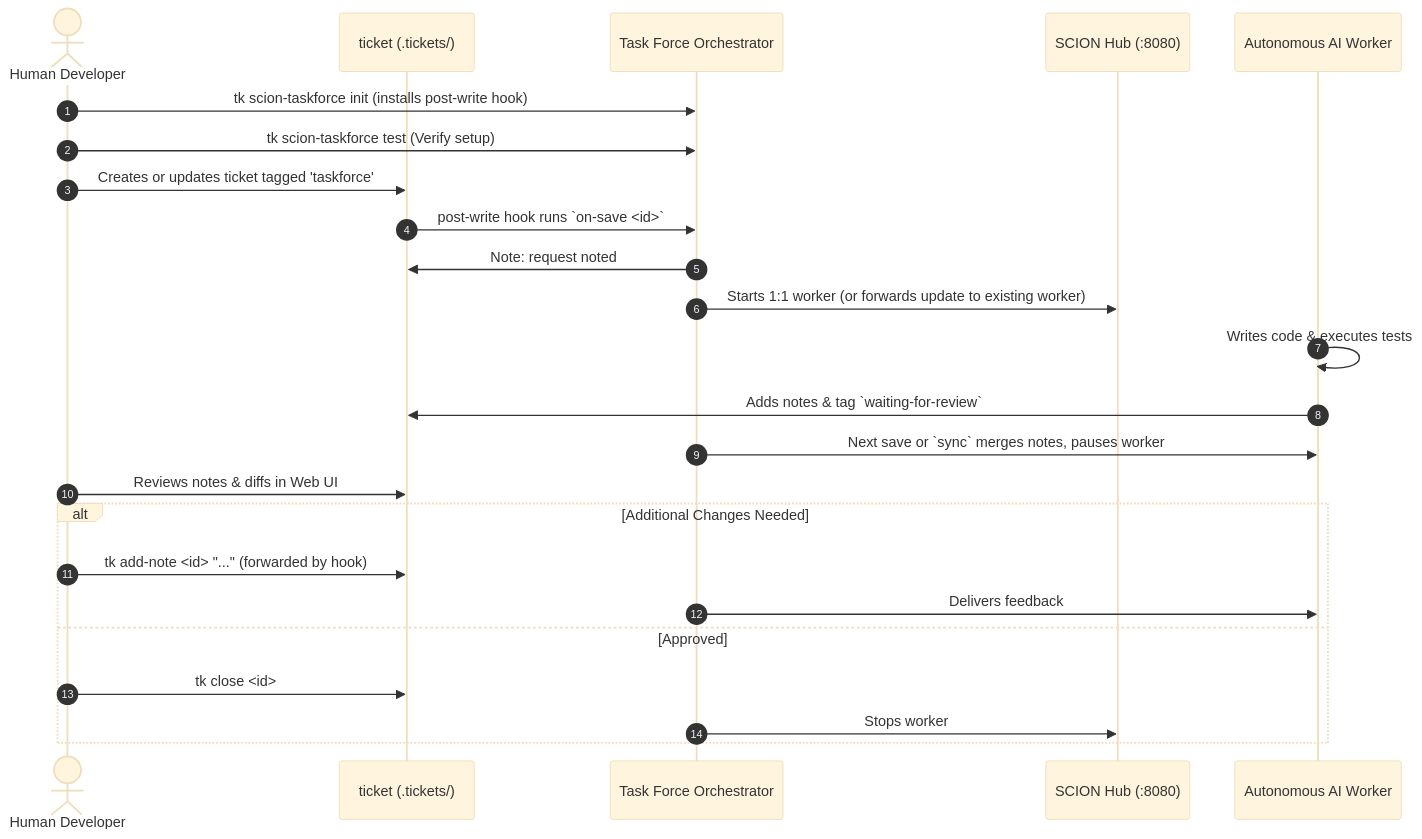
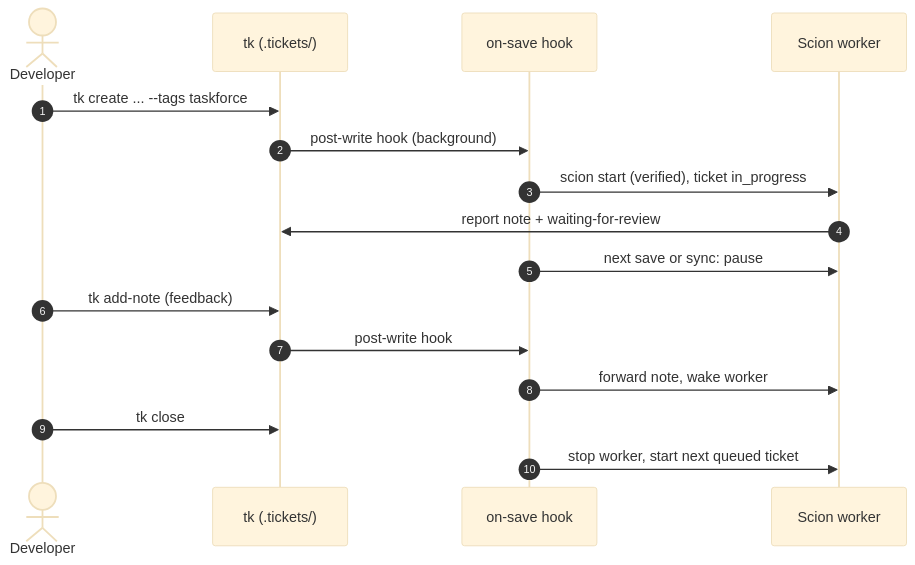
Before and after one commit to msampathkumar/ticket: the diagram in docs/workflows/scion-taskforce.md, drawn with Mermaid (base theme). The commit also changed other lines of this file and 18 other files, not shown here.

First line of the commit message:
refactor(scion-taskforce): simplify plugin and rewrite docs

````diff
--- a/docs/workflows/scion-taskforce.md
+++ b/docs/workflows/scion-taskforce.md
@@ -12,27 +8,19 @@
 ```mermaid
 sequenceDiagram
     autonumber
-    actor Developer as Human Developer
-    participant TK as ticket (.tickets/)
-    participant TF as Task Force Orchestrator
-    participant Hub as SCION Hub (:8080)
-    participant Worker as Autonomous AI Worker
+    actor Dev as Developer
+    participant TK as tk (.tickets/)
+    participant TF as on-save hook
+    participant W as Scion worker
 
-    Developer->>TF: tk scion-taskforce init (installs post-write hook)
-    Developer->>TF: tk scion-taskforce test (Verify setup)
-    Developer->>TK: Creates or updates ticket tagged 'taskforce'
-    TK->>TF: post-write hook runs `on-save <id>`
-    TF->>TK: Note: request noted
-    TF->>Hub: Starts 1:1 worker (or forwards update to existing worker)
-    Worker->>Worker: Writes code & executes tests
-    Worker->>TK: Adds notes & tag `waiting-for-review`
-    TF->>Worker: Next save or `sync` merges notes, pauses worker
-    Developer->>TK: Reviews notes & diffs in Web UI
-    alt Additional Changes Needed
-        Developer->>TK: tk add-note <id> "..." (forwarded by hook)
-        TF->>Worker: Delivers feedback
-    else Approved
-        Developer->>TK: tk close <id>
-        TF->>Hub: Stops worker
-    end
+    Dev->>TK: tk create ... --tags taskforce
+    TK->>TF: post-write hook (background)
+    TF->>W: scion start (verified), ticket in_progress
+    W->>TK: report note + waiting-for-review
+    TF->>W: next save or sync: pause
+    Dev->>TK: tk add-note (feedback)
+    TK->>TF: post-write hook
+    TF->>W: forward note, wake worker
+    Dev->>TK: tk close
+    TF->>W: stop worker, start next queued ticket
 ```
````
